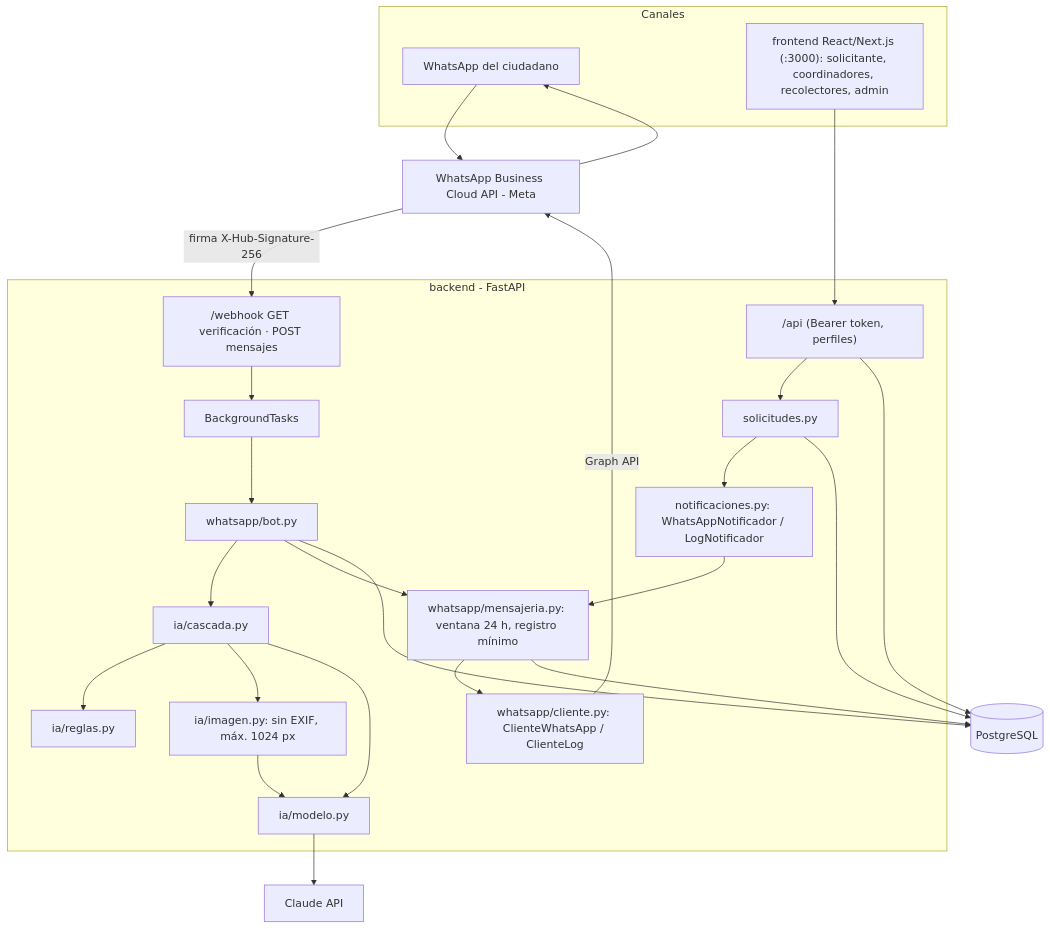
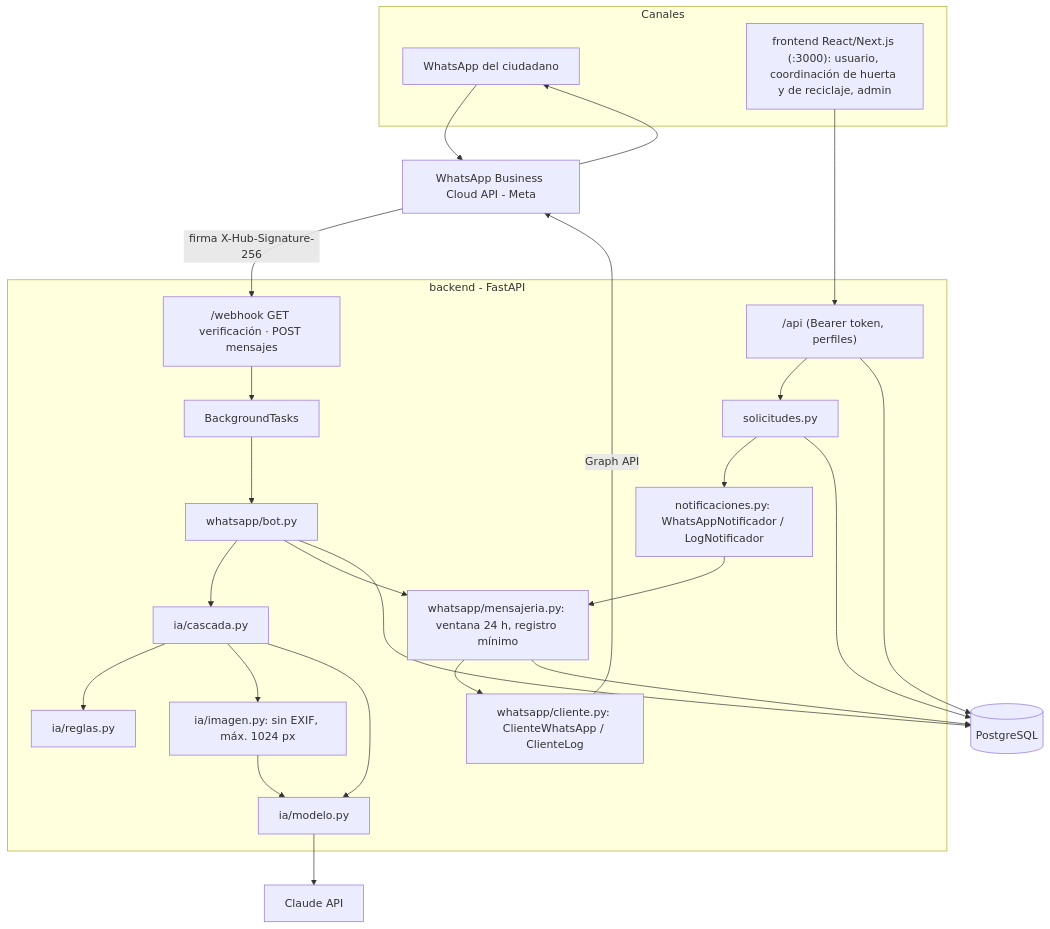
One commit to valejandrapd/EcoConecta-VGJ changed the first of 3 diagrams in docs/arquitectura.md. Above: the diagram before and after it, drawn with Mermaid. The commit also changed other lines of this file and 33 other files, not shown here.

````diff
--- a/docs/arquitectura.md
+++ b/docs/arquitectura.md
@@ -3,33 +3,33 @@
 ```mermaid
 flowchart TB
     subgraph Canales
         WA[WhatsApp del ciudadano]
-        WEB["frontend React/Next.js (:3000): solicitante, coordinadores, recolectores, admin"]
+        WEB["frontend React/Next.js (:3000): usuario, coordinación de huerta y de reciclaje, admin"]
     end
     META[WhatsApp Business Cloud API - Meta]
     subgraph Backend [backend - FastAPI]
         WH["/webhook GET verificación · POST mensajes"]
         BG[BackgroundTasks]
         BOT[whatsapp/bot.py]
         CASC[ia/cascada.py]
         REG[ia/reglas.py]
         IMG[ia/imagen.py: sin EXIF, máx. 1024 px]
         MOD[ia/modelo.py]
         MSJ[whatsapp/mensajeria.py: ventana 24 h, registro mínimo]
         CLI[whatsapp/cliente.py: ClienteWhatsApp / ClienteLog]
         NOT[notificaciones.py: WhatsAppNotificador / LogNotificador]
         SOL[solicitudes.py]
         API["/api (Bearer token, perfiles)"]
     end
     PG[(PostgreSQL)]
     CLAUDE[Claude API]
 
     WA --> META -- "firma X-Hub-Signature-256" --> WH --> BG --> BOT
     BOT --> CASC --> REG
     CASC --> IMG --> MOD
     CASC --> MOD --> CLAUDE
     BOT --> MSJ
     WEB --> API --> SOL --> NOT --> MSJ
     MSJ --> CLI -- Graph API --> META --> WA
     BOT & MSJ & SOL & API --> PG
 ```
````
